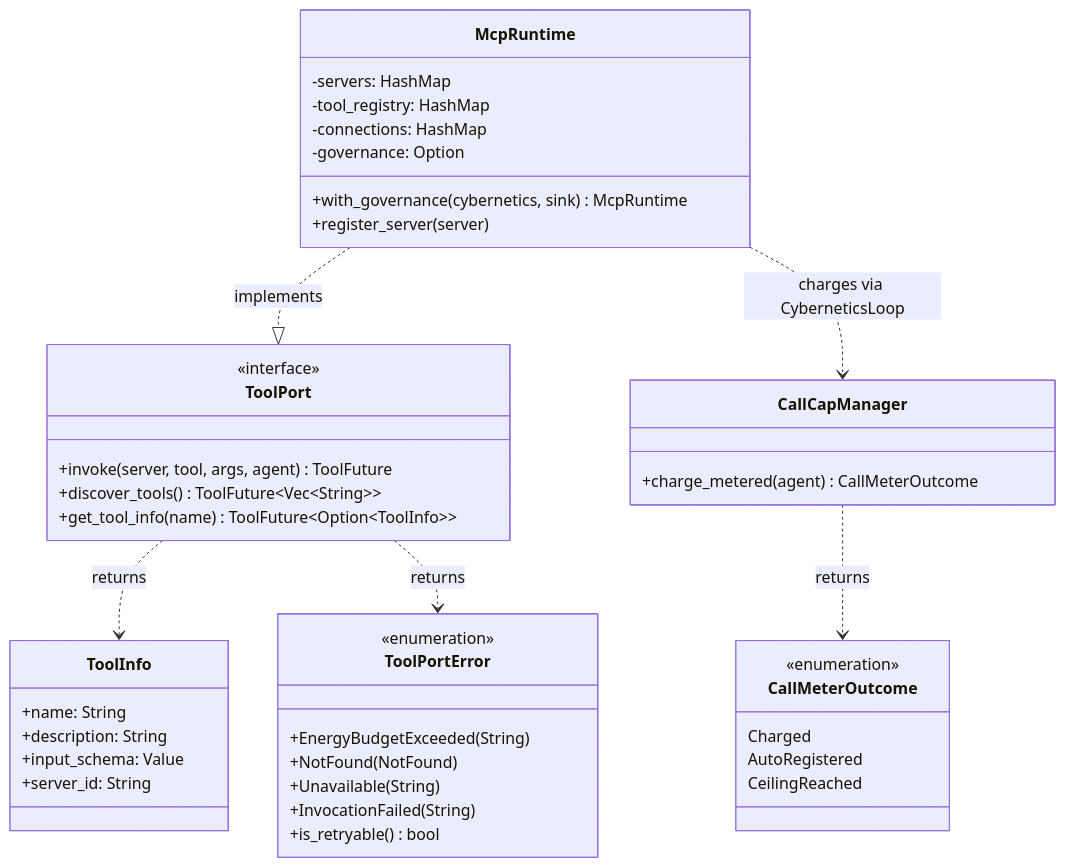
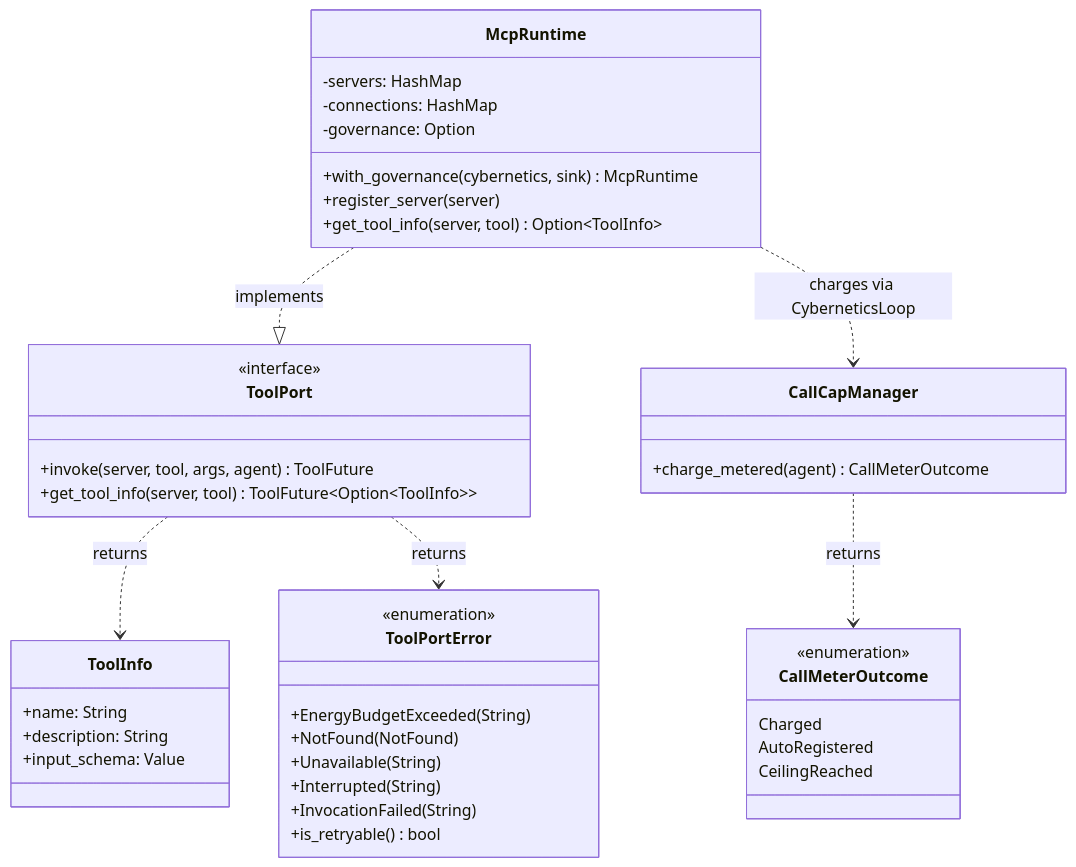
One commit to mdz-axo/zed-kask changed diagram 11 of 13 in kask/docs/diagrams/architecture.md. Above: the diagram before and after it, drawn with Mermaid. The commit also changed other lines of this file and 3 other files, not shown here.

Commit message:
Update tool-port docs for server-scoped metadata

````diff
--- a/kask/docs/diagrams/architecture.md
+++ b/kask/docs/diagrams/architecture.md
@@ -574,51 +574,50 @@
 ```mermaid
 classDiagram
     class ToolPort {
         <<interface>>
         +invoke(server, tool, args, agent) ToolFuture
-        +discover_tools() ToolFuture~Vec~String~~
-        +get_tool_info(name) ToolFuture~Option~ToolInfo~~
+        +get_tool_info(server, tool) ToolFuture~Option~ToolInfo~~
     }
 
     class ToolInfo {
         +name: String
         +description: String
         +input_schema: Value
-        +server_id: String
     }
 
     class ToolPortError {
         <<enumeration>>
         +EnergyBudgetExceeded(String)
         +NotFound(NotFound)
         +Unavailable(String)
+        +Interrupted(String)
         +InvocationFailed(String)
         +is_retryable() bool
     }
 
     class McpRuntime {
         -servers: HashMap
-        -tool_registry: HashMap
         -connections: HashMap
         -governance: Option
         +with_governance(cybernetics, sink) McpRuntime
         +register_server(server)
+        +get_tool_info(server, tool) Option~ToolInfo~
     }
 
     class CallCapManager {
         +charge_metered(agent) CallMeterOutcome
     }
 
     class CallMeterOutcome {
         <<enumeration>>
         Charged
         AutoRegistered
         CeilingReached
     }
 
     ToolPort ..> ToolInfo : returns
     ToolPort ..> ToolPortError : returns
     McpRuntime ..|> ToolPort : implements
     McpRuntime ..> CallCapManager : charges via CyberneticsLoop
     CallCapManager ..> CallMeterOutcome : returns
 ```
````
